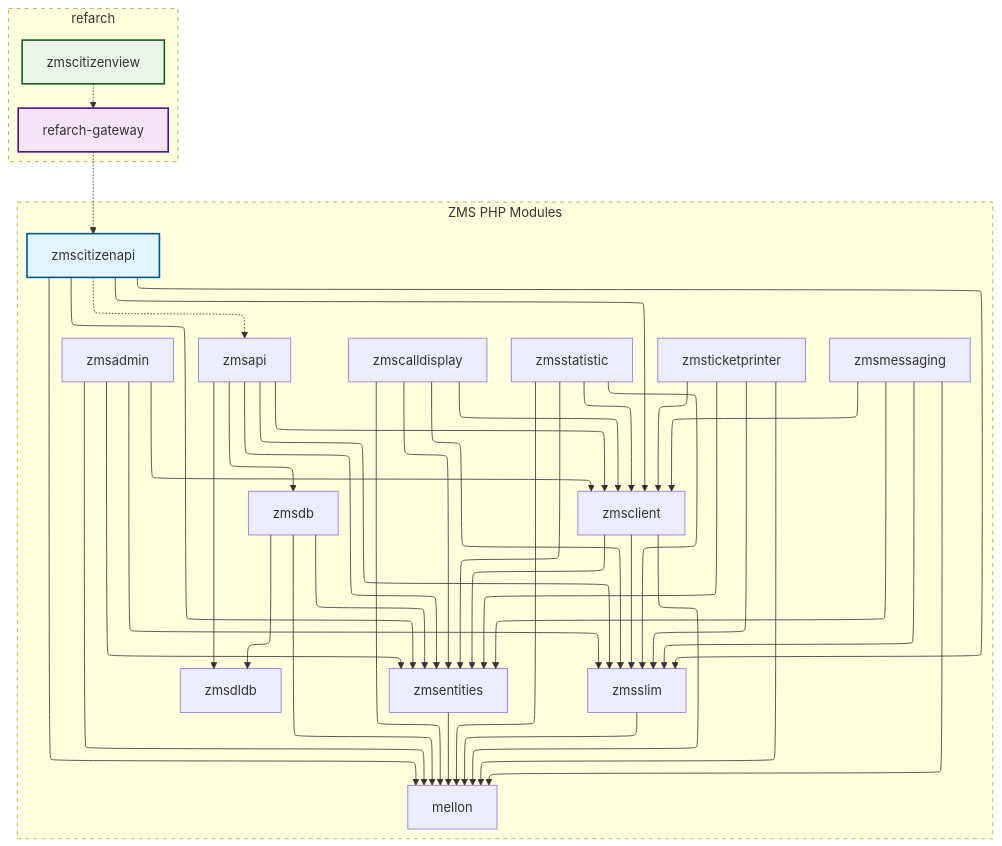
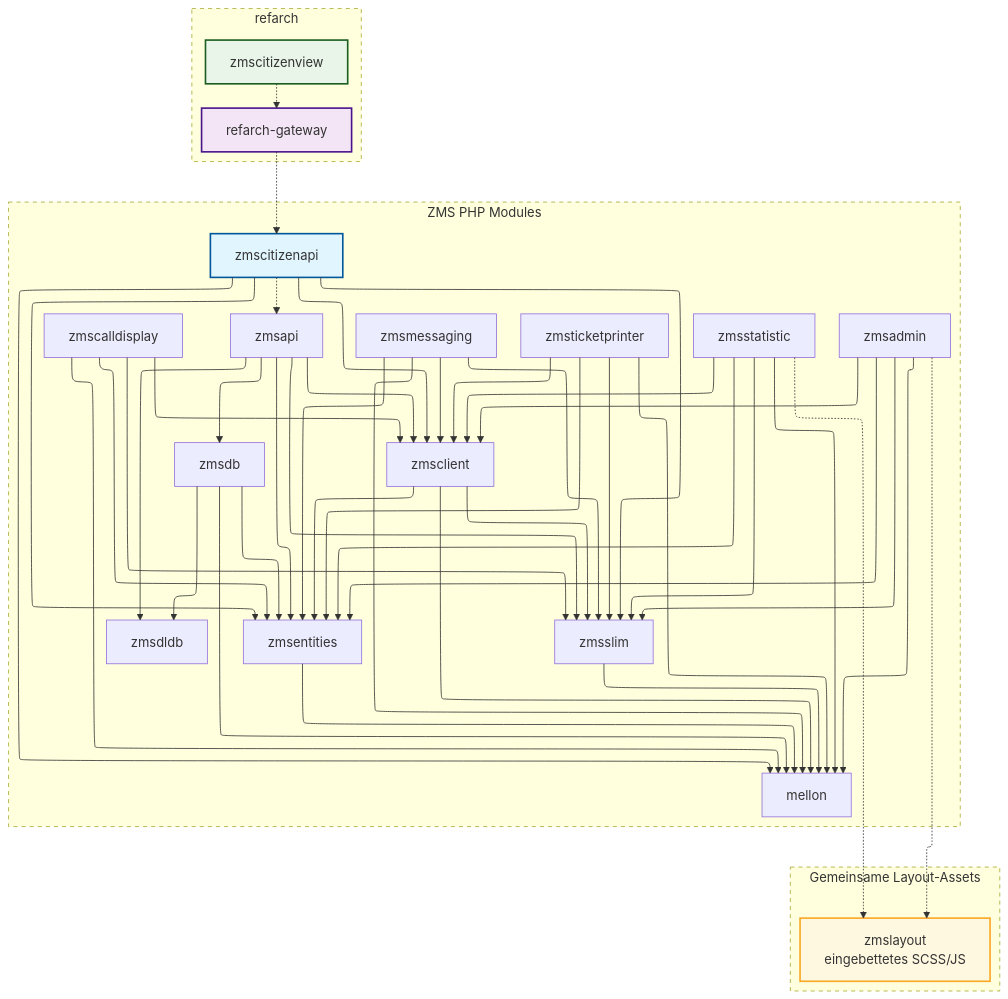
The first of 2 diagrams in docs/de/on-the-future/product-oriented-refarch-roadmap.md (it-at-m/eappointment), drawn with Mermaid before and after one commit. The commit also changed other lines of this file and 6 other files, not shown here.

First line of the commit message:
docs(ZMSKVR-1321): document zmslayout in dependency graphs and roadmap

````diff
--- a/docs/de/on-the-future/product-oriented-refarch-roadmap.md
+++ b/docs/de/on-the-future/product-oriented-refarch-roadmap.md
@@ -34,58 +36,69 @@
 ```mermaid
 %%{init: {"flowchart": {"defaultRenderer": "elk"}} }%%
 graph TD;
     %% Main ZMS module dependencies
     zmsapi --> zmsslim & zmsclient & zmsdldb & zmsdb & zmsentities;
     zmsadmin --> mellon & zmsclient & zmsslim & zmsentities;
     zmscalldisplay --> mellon & zmsclient & zmsentities & zmsslim;
     zmsstatistic --> mellon & zmsentities & zmsslim & zmsclient;
     zmsmessaging --> mellon & zmsclient & zmsentities & zmsslim;
     zmsticketprinter --> mellon & zmsclient & zmsentities & zmsslim;
 
     zmsdb --> zmsentities & zmsdldb & mellon;
     zmsclient --> zmsentities & zmsslim & mellon;
     zmsentities --> mellon;
     zmsslim --> mellon;
 
     %% zmscitizenapi dependencies
     zmscitizenapi --> mellon & zmsslim & zmsclient & zmsentities;
+
+    %% npm-file:-Abhängigkeiten (gestrichelt)
+    zmsadmin -.-> zmslayout;
+    zmsstatistic -.-> zmslayout;
 
     %% Build dependencies (dashed lines)
     zmscitizenapi -.-> zmsapi;
     refarch-gateway -.-> zmscitizenapi;
     zmscitizenview -.-> refarch-gateway;
 
     %% Group refarch-gateway and zmscitizenview into a subgraph
     subgraph refarch [refarch]
         style refarch stroke-dasharray: 5
         refarch-gateway
         zmscitizenview
     end
 
     %% Group remaining modules into dashed PHP-style subgraph
     subgraph zms_modules [ZMS PHP Modules]
         style zms_modules stroke-dasharray: 5, 5, 1, 5
         zmsapi
         zmsadmin
         zmscalldisplay
         zmsstatistic
         zmsmessaging
         zmsticketprinter
         zmsdb
         zmsclient
         zmsentities
         zmsslim
         zmsdldb
         mellon
         zmscitizenapi
     end
 
+    subgraph shared_frontend [Gemeinsame Layout-Assets]
+        style shared_frontend stroke-dasharray: 5, 2, 1, 2
+        zmslayout["zmslayout<br/>eingebettetes SCSS/JS"]
+    end
+
     %% Styling for the three modules
     classDef citizenapi fill:#e1f5fe,stroke:#01579b,stroke-width:2px;
     classDef gateway fill:#f3e5f5,stroke:#4a148c,stroke-width:2px;
     classDef citizenview fill:#e8f5e8,stroke:#1b5e20,stroke-width:2px;
+    classDef layout fill:#fff8e1,stroke:#f9a825,stroke-width:2px;
 
     class zmscitizenapi citizenapi;
     class refarch-gateway gateway;
     class zmscitizenview citizenview;
+    class zmslayout layout;
 ```
````
